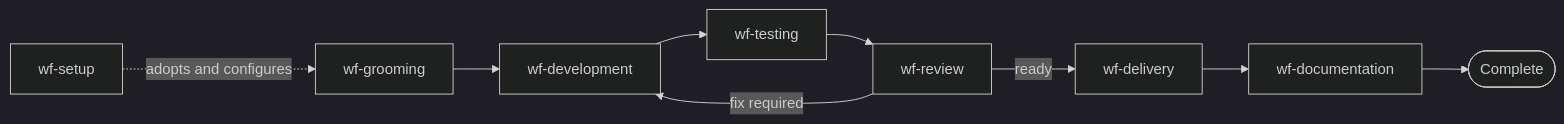
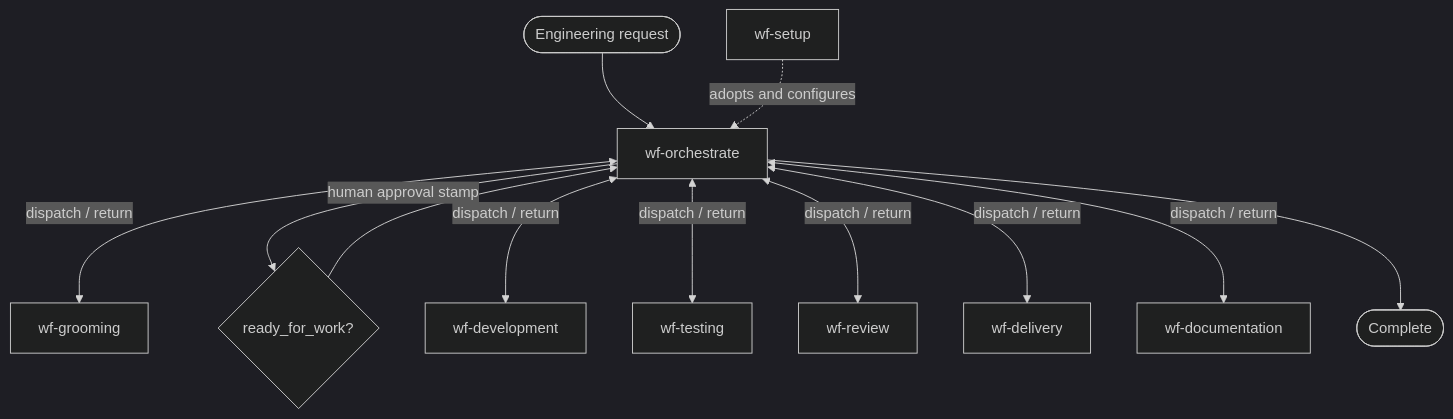
The second of 7 diagrams in plugins/agentic-engineering/FLOWS.md (Life-With-Data/agentic-engineering), drawn with Mermaid (dark theme) before and after one commit. The commit also changed other lines of this file and 168 other files, not shown here.

````diff
--- a/plugins/agentic-engineering/FLOWS.md
+++ b/plugins/agentic-engineering/FLOWS.md
@@ -24,11 +22,14 @@
 ```mermaid
-flowchart LR
-    G["wf-grooming"] --> D["wf-development"]
-    D --> T["wf-testing"]
-    T --> R["wf-review"]
-    R -->|"fix required"| D
-    R -->|"ready"| L["wf-delivery"]
-    L --> K["wf-documentation"]
-    K --> done([Complete])
-    S["wf-setup"] -. "adopts and configures" .-> G
+flowchart TD
+    req([Engineering request]) --> O["wf-orchestrate"]
+    O <-->|"dispatch / return"| G["wf-grooming"]
+    O -->|"human approval stamp"| approve{"ready_for_work?"}
+    approve --> O
+    O <-->|"dispatch / return"| D["wf-development"]
+    O <-->|"dispatch / return"| T["wf-testing"]
+    O <-->|"dispatch / return"| R["wf-review"]
+    O <-->|"dispatch / return"| L["wf-delivery"]
+    O <-->|"dispatch / return"| K["wf-documentation"]
+    O --> done([Complete])
+    S["wf-setup"] -. "adopts and configures" .-> O
 ```
````
